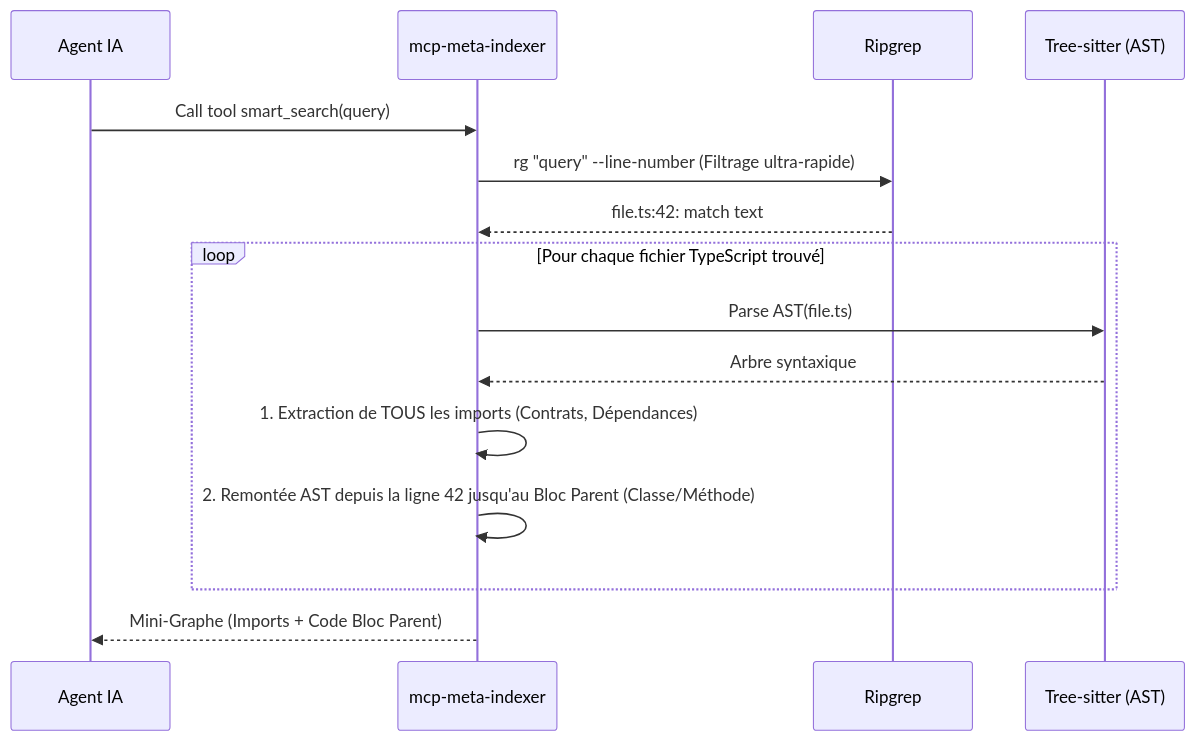
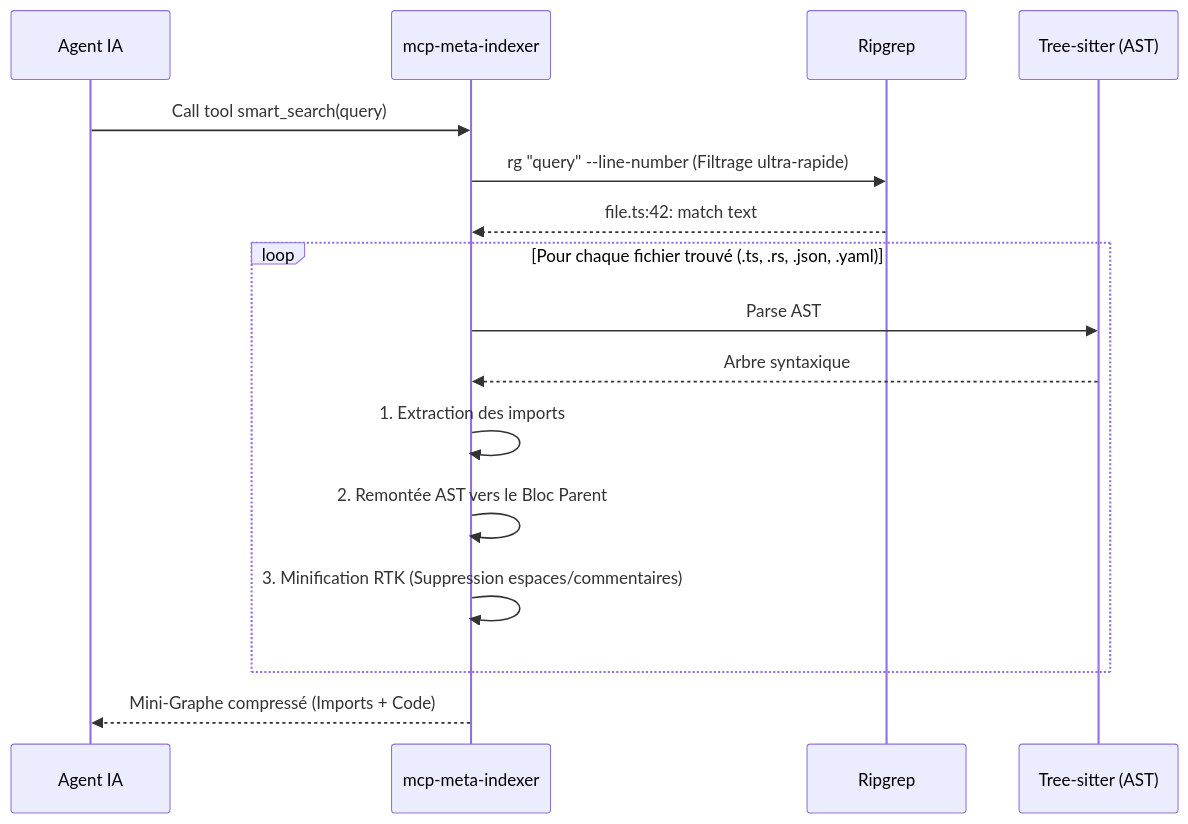
Before and after one commit to Volontariapp/mcp-meta-indexer: the second of 4 diagrams in README.md, drawn with Mermaid. The commit also changed other lines of this file, not shown here.

Commit message:
docs: improve architecture diagrams

````diff
--- a/README.md
+++ b/README.md
@@ -31,20 +28,21 @@
 ```mermaid
 sequenceDiagram
     participant IA as Agent IA
     participant MCP as mcp-meta-indexer
     participant RG as Ripgrep
     participant TS as Tree-sitter (AST)
     
     IA->>MCP: Call tool smart_search(query)
     MCP->>RG: rg "query" --line-number (Filtrage ultra-rapide)
     RG-->>MCP: file.ts:42: match text
     
-    loop Pour chaque fichier TypeScript trouvé
-        MCP->>TS: Parse AST(file.ts)
+    loop Pour chaque fichier trouvé (.ts, .rs, .json, .yaml)
+        MCP->>TS: Parse AST
         TS-->>MCP: Arbre syntaxique
-        MCP->>MCP: 1. Extraction de TOUS les imports (Contrats, Dépendances)
-        MCP->>MCP: 2. Remontée AST depuis la ligne 42 jusqu'au Bloc Parent (Classe/Méthode)
+        MCP->>MCP: 1. Extraction des imports
+        MCP->>MCP: 2. Remontée AST vers le Bloc Parent
+        MCP->>MCP: 3. Minification RTK (Suppression espaces/commentaires)
     end
     
-    MCP-->>IA: Mini-Graphe (Imports + Code Bloc Parent)
+    MCP-->>IA: Mini-Graphe compressé (Imports + Code)
 ```
````
